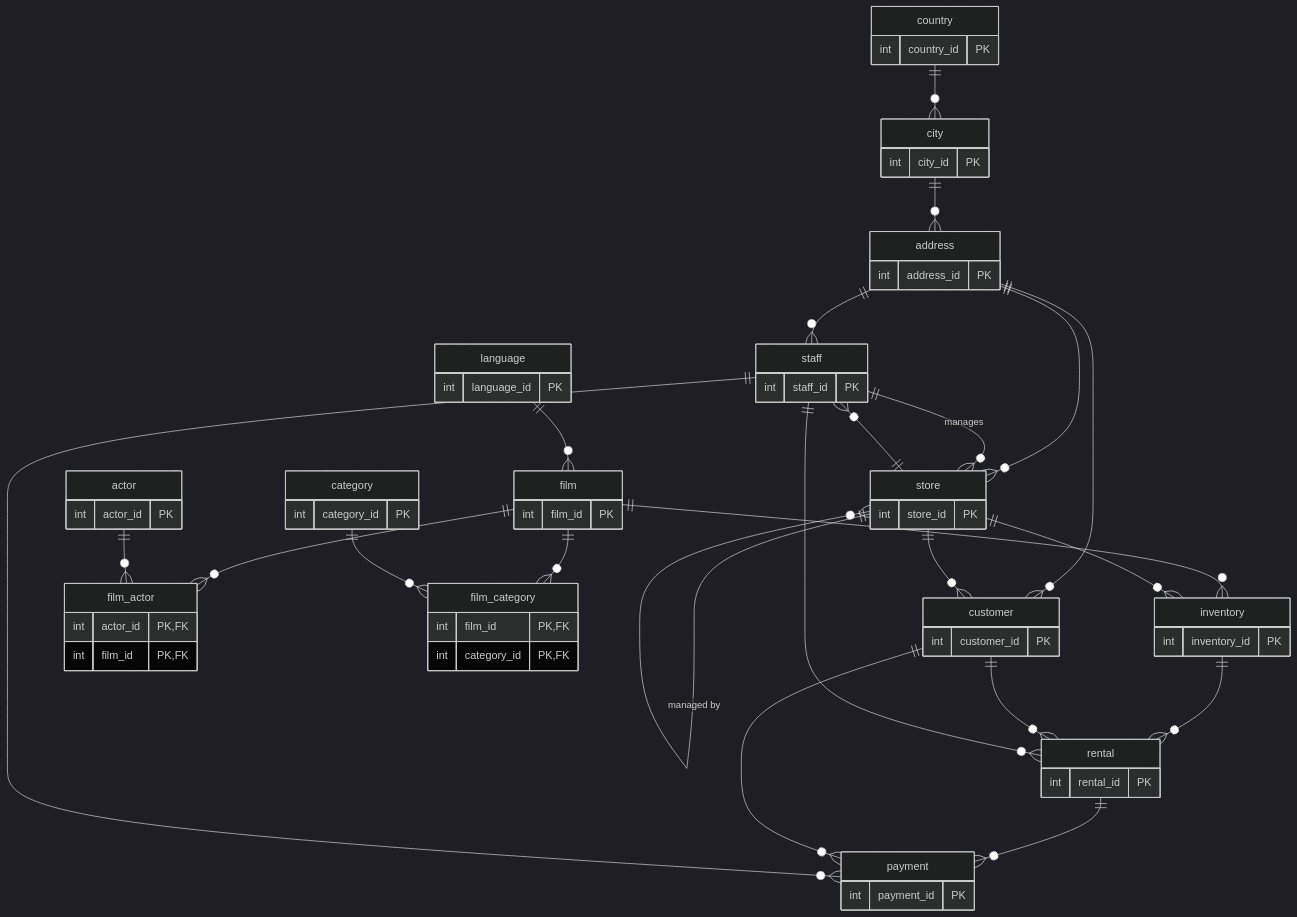
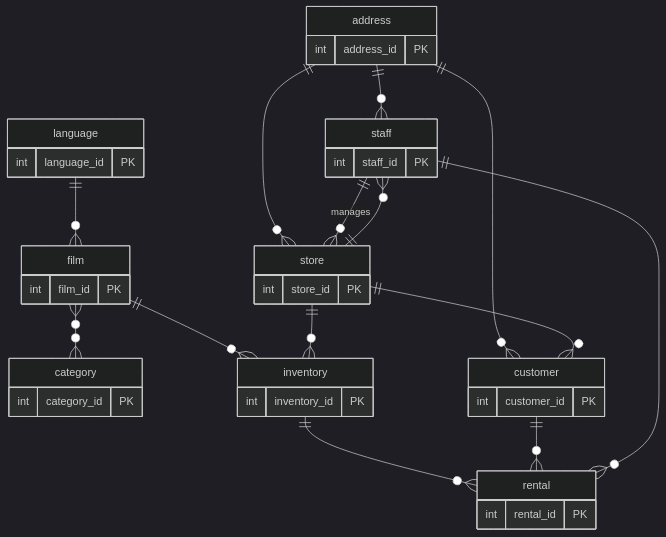
The diagram in README.md (brigitterodriguezp/sakila-app), drawn with Mermaid (dark theme) before and after one commit. The commit also changed other lines of this file, not shown here.

Commit message:
docs(readme): simplify ER diagram to only API-used tables
Keep 9 core tables (film, category, language, address, customer, staff,
store, inventory, rental) plus users. Remove unused junction tables,
actor, payment, city, country.

````diff
--- a/README.md
+++ b/README.md
@@ -34,81 +34,26 @@
 ```mermaid
 erDiagram
-    country ||--o{ city : ""
-    city ||--o{ address : ""
+    language ||--o{ film : ""
+    film }o--o{ category : ""
+    film ||--o{ inventory : ""
     address ||--o{ customer : ""
     address ||--o{ staff : ""
     address ||--o{ store : ""
-
-    language ||--o{ film : ""
-
-    film ||--o{ film_actor : ""
-    actor ||--o{ film_actor : ""
-
-    film ||--o{ film_category : ""
-    category ||--o{ film_category : ""
-
-    film ||--o{ inventory : ""
-
     store ||--o{ inventory : ""
     store ||--o{ customer : ""
     store ||--o{ staff : ""
-    store ||--o{ store : "managed by"
-
+    staff ||--o{ store : "manages"
     inventory ||--o{ rental : ""
     customer ||--o{ rental : ""
     staff ||--o{ rental : ""
 
-    rental ||--o{ payment : ""
-    customer ||--o{ payment : ""
-    staff ||--o{ payment : ""
-
-    staff ||--o{ store : "manages"
-
-    country {
-        int country_id PK
-    }
-    city {
-        int city_id PK
-    }
-    address {
-        int address_id PK
-    }
-    language {
-        int language_id PK
-    }
-    actor {
-        int actor_id PK
-    }
-    category {
-        int category_id PK
-    }
-    film {
-        int film_id PK
-    }
-    film_actor {
-        int actor_id PK, FK
-        int film_id PK, FK
-    }
-    film_category {
-        int film_id PK, FK
-        int category_id PK, FK
-    }
-    inventory {
-        int inventory_id PK
-    }
-    customer {
-        int customer_id PK
-    }
-    staff {
-        int staff_id PK
-    }
-    store {
-        int store_id PK
-    }
-    rental {
-        int rental_id PK
-    }
-    payment {
-        int payment_id PK
-    }
+    language { int language_id PK }
+    film { int film_id PK }
+    category { int category_id PK }
+    inventory { int inventory_id PK }
+    address { int address_id PK }
+    customer { int customer_id PK }
+    staff { int staff_id PK }
+    store { int store_id PK }
+    rental { int rental_id PK }
 ```
````
